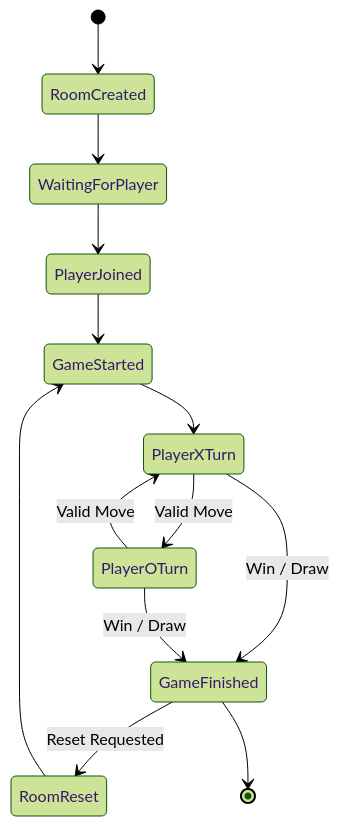
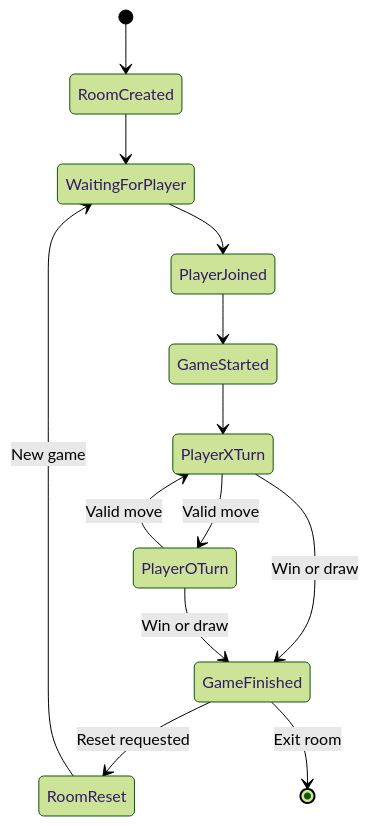
Before and after one commit to AnshCyberSec/nexus-arena: the eighth of 18 diagrams in README.md, drawn with Mermaid (forest theme). The commit also changed other lines of this file, not shown here.

````diff
--- a/README.md
+++ b/README.md
@@ -264,15 +266,20 @@
 ```mermaid
 stateDiagram-v2
     [*] --> RoomCreated
+
     RoomCreated --> WaitingForPlayer
     WaitingForPlayer --> PlayerJoined
     PlayerJoined --> GameStarted
+
     GameStarted --> PlayerXTurn
-    PlayerXTurn --> PlayerOTurn: Valid Move
-    PlayerOTurn --> PlayerXTurn: Valid Move
-    PlayerXTurn --> GameFinished: Win / Draw
-    PlayerOTurn --> GameFinished: Win / Draw
-    GameFinished --> RoomReset: Reset Requested
-    RoomReset --> GameStarted
-    GameFinished --> [*]
+    PlayerXTurn --> PlayerOTurn: Valid move
+    PlayerOTurn --> PlayerXTurn: Valid move
+
+    PlayerXTurn --> GameFinished: Win or draw
+    PlayerOTurn --> GameFinished: Win or draw
+
+    GameFinished --> RoomReset: Reset requested
+    RoomReset --> WaitingForPlayer: New game
+
+    GameFinished --> [*]: Exit room
 ```
````
